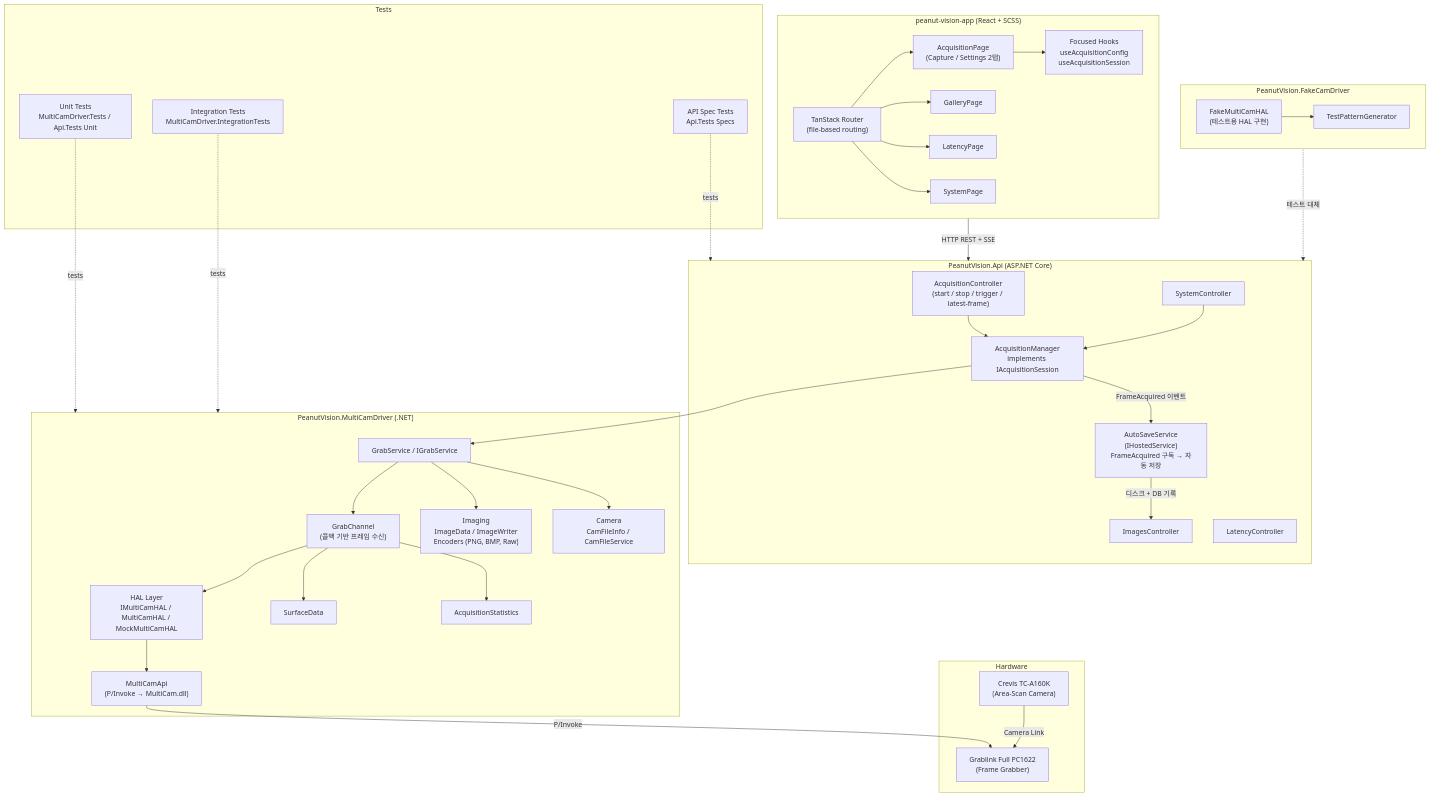
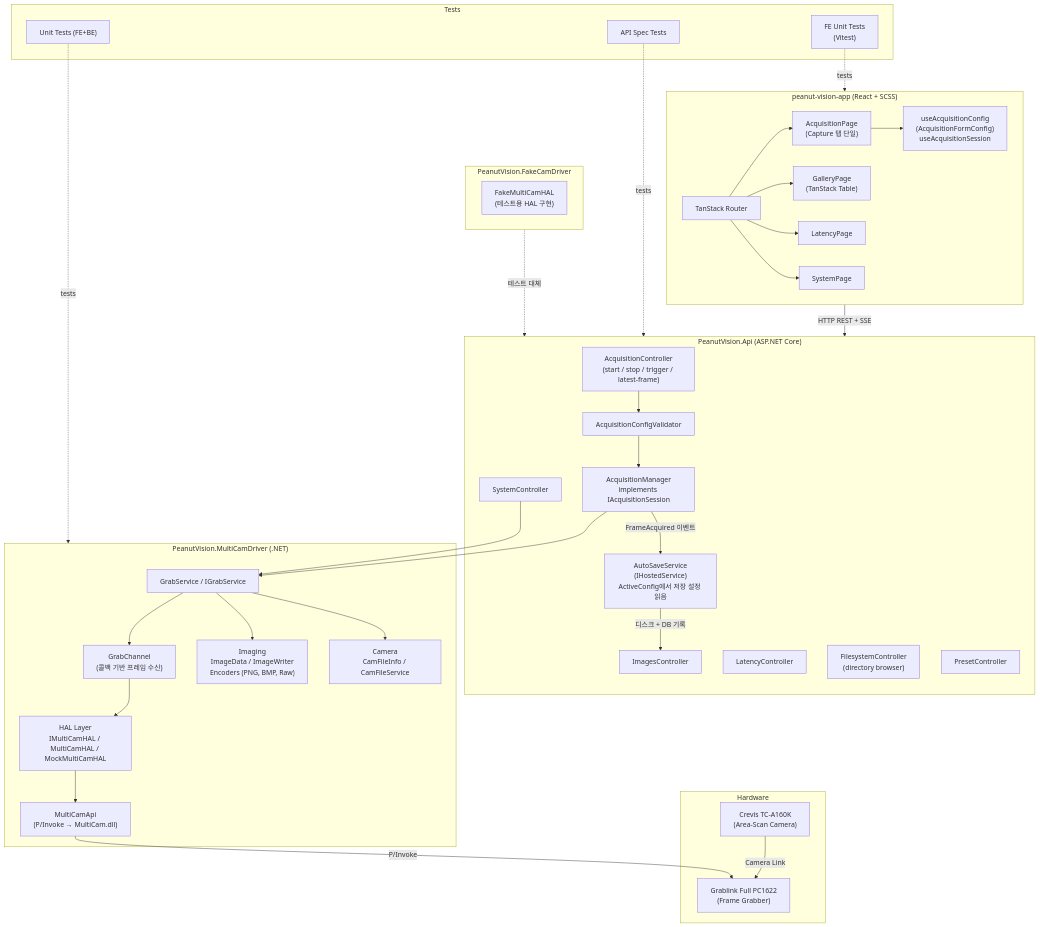
The first of 2 diagrams in OVERVIEW.md (peanudge/peanut-factory), drawn with Mermaid before and after one commit. The commit also changed other lines of this file, not shown here.

````diff
--- a/OVERVIEW.md
+++ b/OVERVIEW.md
@@ -5,76 +5,74 @@
 ```mermaid
 graph TB
     subgraph HW["Hardware"]
         CAM["Crevis TC-A160K\n(Area-Scan Camera)"]
         GL["Grablink Full PC1622\n(Frame Grabber)"]
         CAM -->|Camera Link| GL
     end
 
     subgraph Driver["PeanutVision.MultiCamDriver (.NET)"]
         HAL["HAL Layer\nIMultiCamHAL / MultiCamHAL / MockMultiCamHAL"]
         MCAPI["MultiCamApi\n(P/Invoke → MultiCam.dll)"]
         GS["GrabService / IGrabService"]
         GC["GrabChannel\n(콜백 기반 프레임 수신)"]
         IMG["Imaging\nImageData / ImageWriter\nEncoders (PNG, BMP, Raw)"]
         CAMF["Camera\nCamFileInfo / CamFileService"]
-        SURF["SurfaceData"]
-        STATS["AcquisitionStatistics"]
 
         GS --> GC
         GC --> HAL
         HAL --> MCAPI
-        GC --> SURF
-        GC --> STATS
         GS --> IMG
         GS --> CAMF
     end
 
     subgraph API["PeanutVision.Api (ASP.NET Core)"]
         ACQC["AcquisitionController\n(start / stop / trigger / latest-frame)"]
         SYSC["SystemController"]
         IMGC["ImagesController"]
         LATC["LatencyController"]
+        FSC["FilesystemController\n(directory browser)"]
+        PRSTC["PresetController"]
         ACQM["AcquisitionManager\nimplements IAcquisitionSession"]
-        AUTOSAVE["AutoSaveService\n(IHostedService)\nFrameAcquired 구독 → 자동 저장"]
+        VALID["AcquisitionConfigValidator"]
+        AUTOSAVE["AutoSaveService\n(IHostedService)\nActiveConfig에서 저장 설정 읽음"]
 
-        ACQC --> ACQM
-        SYSC --> ACQM
+        ACQC --> VALID
+        VALID --> ACQM
+        SYSC --> GS
         ACQM --> GS
         ACQM -->|"FrameAcquired 이벤트"| AUTOSAVE
         AUTOSAVE -->|"디스크 + DB 기록"| IMGC
     end
 
     subgraph FakeCam["PeanutVision.FakeCamDriver"]
         FHAL["FakeMultiCamHAL\n(테스트용 HAL 구현)"]
-        FGEN["TestPatternGenerator"]
-        FHAL --> FGEN
     end
 
     subgraph UI["peanut-vision-app (React + SCSS)"]
-        ROUTER["TanStack Router\n(file-based routing)"]
-        ACQPAGE["AcquisitionPage\n(Capture / Settings 2탭)"]
-        GALPAGE["GalleryPage"]
+        ROUTER["TanStack Router"]
+        ACQPAGE["AcquisitionPage\n(Capture 탭 단일)"]
+        GALPAGE["GalleryPage\n(TanStack Table)"]
         LATPAGE["LatencyPage"]
         SYSPAGE["SystemPage"]
-        HOOKS["Focused Hooks\nuseAcquisitionConfig\nuseAcquisitionSession"]
+        HOOKS["useAcquisitionConfig\n(AcquisitionFormConfig)\nuseAcquisitionSession"]
 
         ROUTER --> ACQPAGE
         ROUTER --> GALPAGE
         ROUTER --> LATPAGE
         ROUTER --> SYSPAGE
         ACQPAGE --> HOOKS
     end
 
     subgraph Tests["Tests"]
-        UT["Unit Tests\nMultiCamDriver.Tests / Api.Tests Unit"]
-        IT["Integration Tests\nMultiCamDriver.IntegrationTests"]
-        AT["API Spec Tests\nApi.Tests Specs"]
+        UT["Unit Tests (FE+BE)"]
+        AT["API Spec Tests"]
+        FET["FE Unit Tests\n(Vitest)"]
     end
 
     MCAPI -->|"P/Invoke"| GL
     UI -->|"HTTP REST + SSE"| API
     FakeCam -.->|"테스트 대체"| API
     UT -.->|tests| Driver
-    IT -.->|tests| Driver
     AT -.->|tests| API
+    FET -.->|tests| UI
 ```
````
